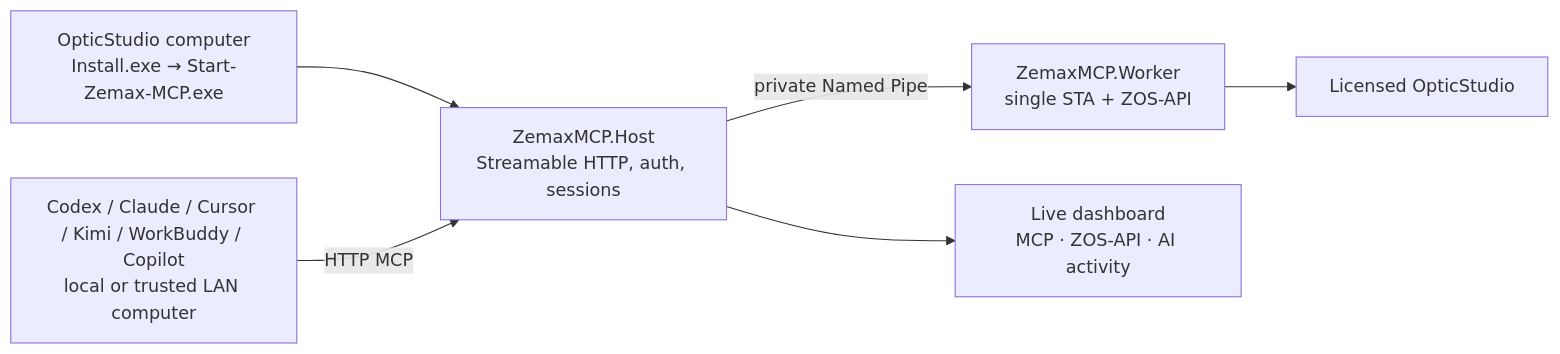
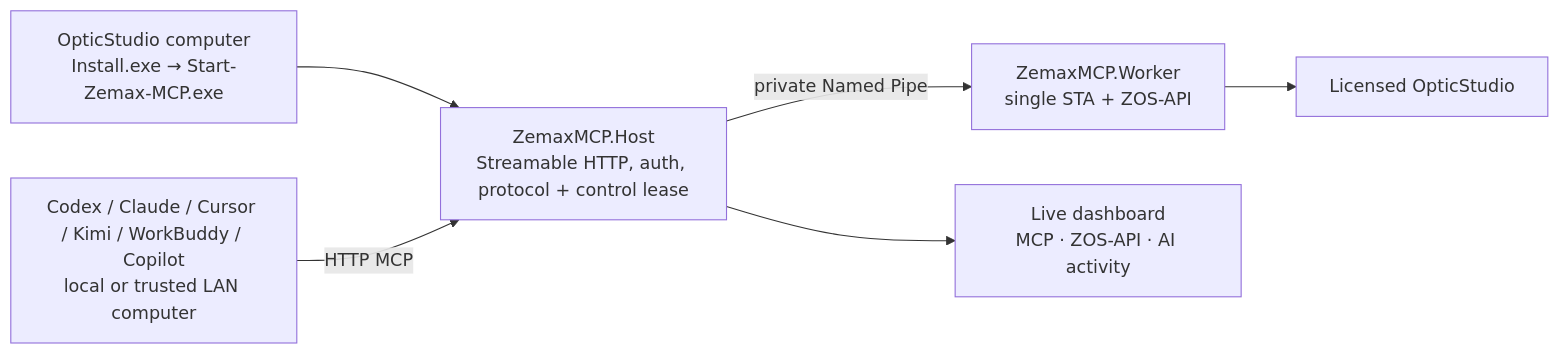
One commit to joeyijun/OpticStudioMCPServer changed the diagram in README.md. Above: the diagram before and after it, drawn with Mermaid. The commit also changed other lines of this file and 9 other files, not shown here.

First line of the commit message:
Support stateless MCP control leases

````diff
--- a/README.md
+++ b/README.md
@@ -20,8 +20,8 @@
 ```mermaid
 flowchart LR
-  A["OpticStudio computer\nInstall.exe → Start-Zemax-MCP.exe"] --> B["ZemaxMCP.Host\nStreamable HTTP, auth, sessions"]
+  A["OpticStudio computer\nInstall.exe → Start-Zemax-MCP.exe"] --> B["ZemaxMCP.Host\nStreamable HTTP, auth, protocol + control lease"]
   B -->|"private Named Pipe"| C["ZemaxMCP.Worker\nsingle STA + ZOS-API"]
   C --> F["Licensed OpticStudio"]
   D["Codex / Claude / Cursor / Kimi / WorkBuddy / Copilot\nlocal or trusted LAN computer"] -->|"HTTP MCP"| B
   B --> E["Live dashboard\nMCP · ZOS-API · AI activity"]
 ```
````
